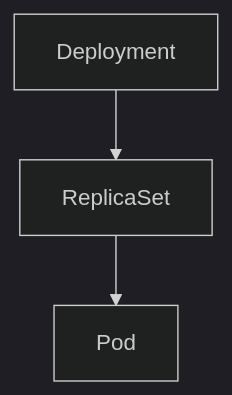
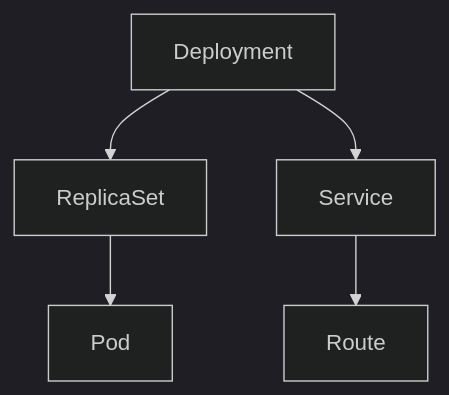
One commit to ieftraining/curso-openshift changed the fourth of 6 diagrams in docs/sesion1/1.8-practica-imagen-cluster-completo.md. Above: the diagram before and after it, drawn with Mermaid (dark theme). The commit also changed other lines of this file, not shown here.

````diff
--- a/docs/sesion1/1.8-practica-imagen-cluster-completo.md
+++ b/docs/sesion1/1.8-practica-imagen-cluster-completo.md
@@ -135,6 +236,9 @@
 ```mermaid
 flowchart TD
     A[Deployment]
     --> B[ReplicaSet]
     --> C[Pod]
+
+    A --> D[Service]
+    D --> E[Route]
 ```
````
